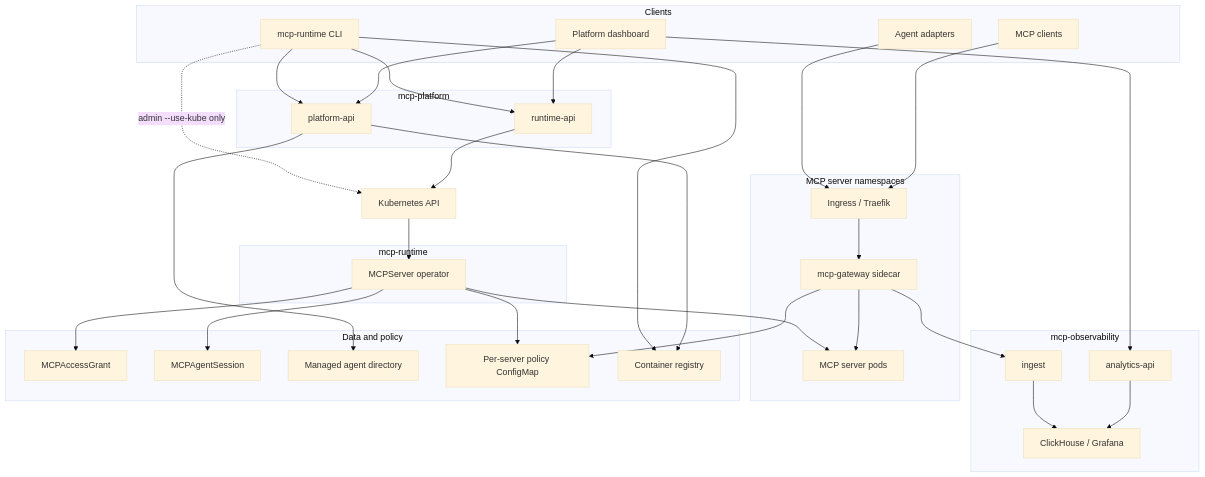
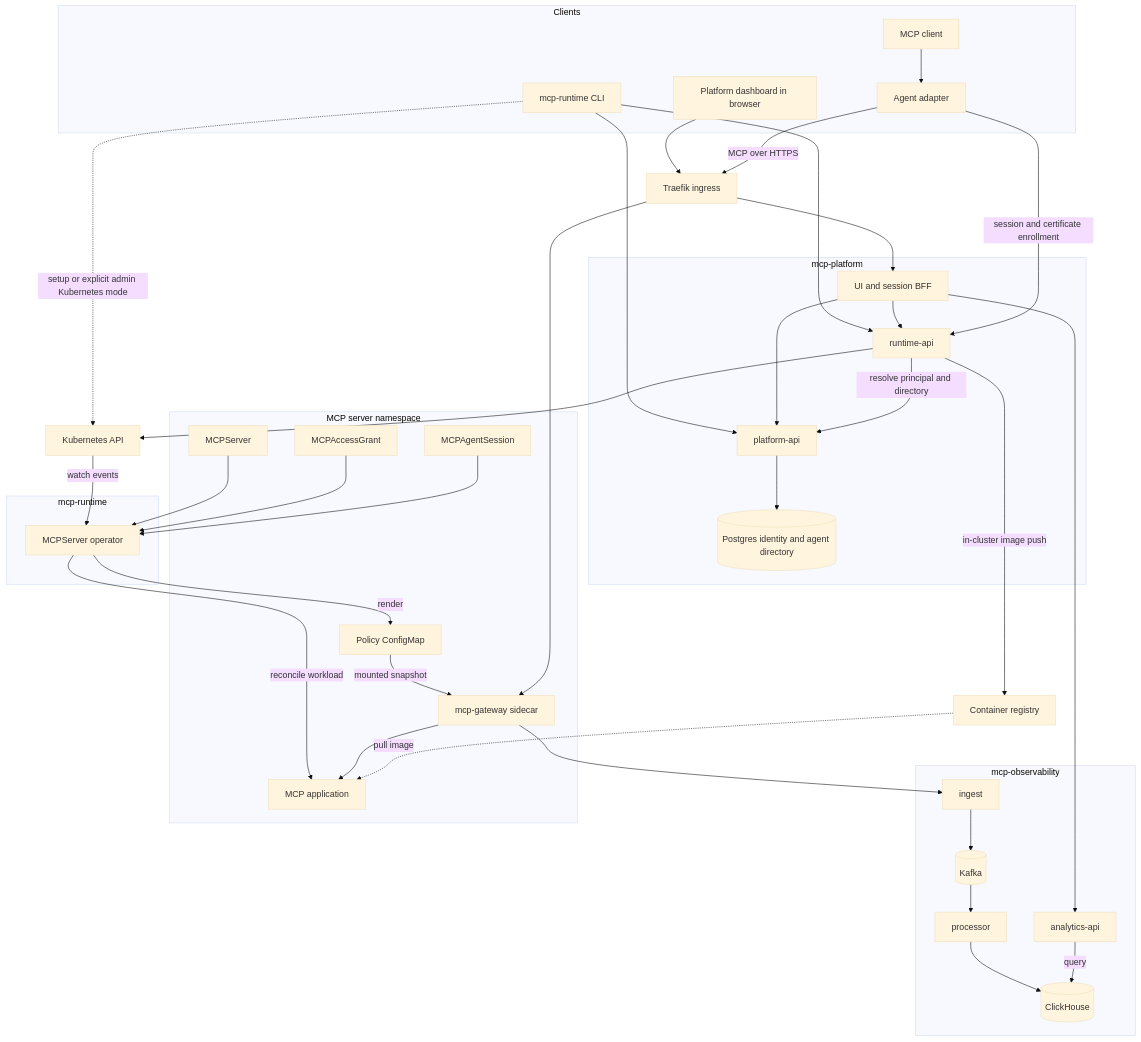
Before and after one commit to mcp-runtime/mcp-runtime: the diagram in docs/architecture.md, drawn with Mermaid (base theme). The commit also changed other lines of this file and 59 other files, not shown here.

````diff
--- a/docs/architecture.md
+++ b/docs/architecture.md
@@ -8,62 +8,62 @@
 ```mermaid
 flowchart TB
     subgraph clients [Clients]
         CLI[mcp-runtime CLI]
-        UI[Platform dashboard]
-        Agent[Agent adapters]
-        MCP[MCP clients]
+        Browser[Platform dashboard in browser]
+        Adapter[Agent adapter]
+        MCP[MCP client]
     end
-
     subgraph platform [mcp-platform]
+        UI[UI and session BFF]
         PlatAPI[platform-api]
         RunAPI[runtime-api]
+        DB[(Postgres identity and agent directory)]
     end
-
     subgraph operatorns [mcp-runtime]
         Op[MCPServer operator]
     end
-
     subgraph observability [mcp-observability]
         AnaAPI[analytics-api]
         Ingest[ingest]
-        CH[ClickHouse / Grafana]
+        Kafka[(Kafka)]
+        Processor[processor]
+        CH[(ClickHouse)]
     end
-
-    subgraph runtime [MCP server namespaces]
-        Ing[Ingress / Traefik]
-        GW[mcp-gateway sidecar]
-        Srv[MCP server pods]
-    end
-
-    subgraph data [Data and policy]
+    subgraph servers [MCP server namespace]
         Grant[MCPAccessGrant]
         Session[MCPAgentSession]
-        AgentDir[Managed agent directory]
-        Policy[Per-server policy ConfigMap]
-        Reg[Container registry]
+        Server[MCPServer]
+        Policy[Policy ConfigMap]
+        GW[mcp-gateway sidecar]
+        Srv[MCP application]
     end
-
+    Ing[Traefik ingress]
     K8s[Kubernetes API]
-
+    Reg[Container registry]
     CLI --> PlatAPI
     CLI --> RunAPI
-    CLI -. "admin --use-kube only" .-> K8s
+    CLI -. setup or explicit admin Kubernetes mode .-> K8s
+    Browser --> Ing
+    Ing --> UI
     UI --> PlatAPI
     UI --> RunAPI
     UI --> AnaAPI
-    PlatAPI --> AgentDir
-    Agent --> Ing
-    MCP --> Ing
+    PlatAPI --> DB
+    RunAPI -->|resolve principal and directory| PlatAPI
     RunAPI --> K8s
-    K8s --> Op
-    Op --> Srv
-    Op --> Grant
-    Op --> Session
-    Op --> Policy
+    K8s -->|watch events| Op
+    Server --> Op
+    Grant --> Op
+    Session --> Op
+    Op -->|render| Policy
+    Op -->|reconcile workload| Srv
+    Policy -->|mounted snapshot| GW
+    MCP --> Adapter
+    Adapter -->|session and certificate enrollment| RunAPI
+    Adapter -->|MCP over HTTPS| Ing
     Ing --> GW --> Srv
-    GW --> Policy
-    CLI --> Reg
-    PlatAPI --> Reg
-    GW --> Ingest --> CH
-    AnaAPI --> CH
+    RunAPI -->|in-cluster image push| Reg
+    Reg -. pull image .-> Srv
+    GW --> Ingest --> Kafka --> Processor --> CH
+    AnaAPI -->|query| CH
 ```
````
